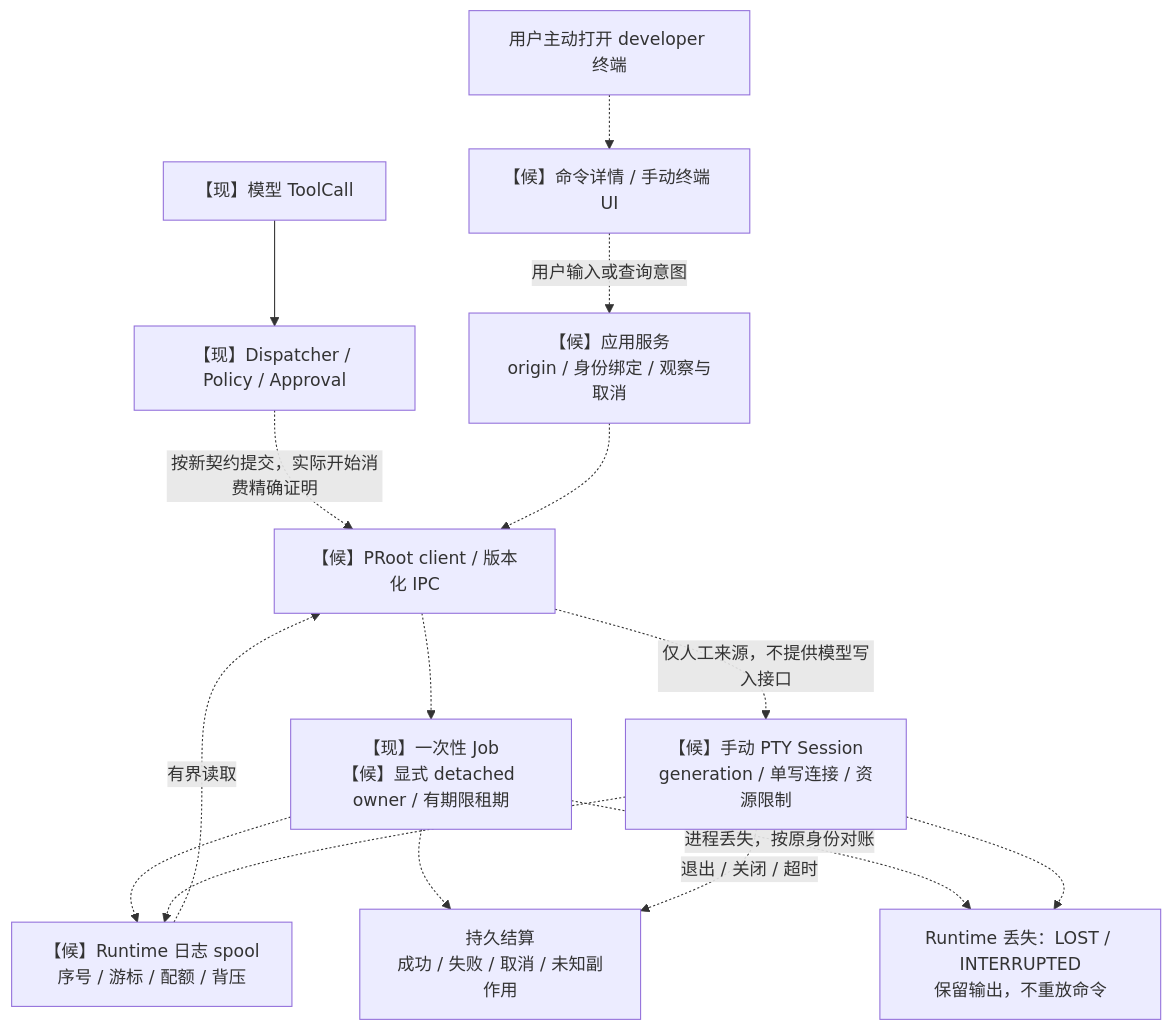
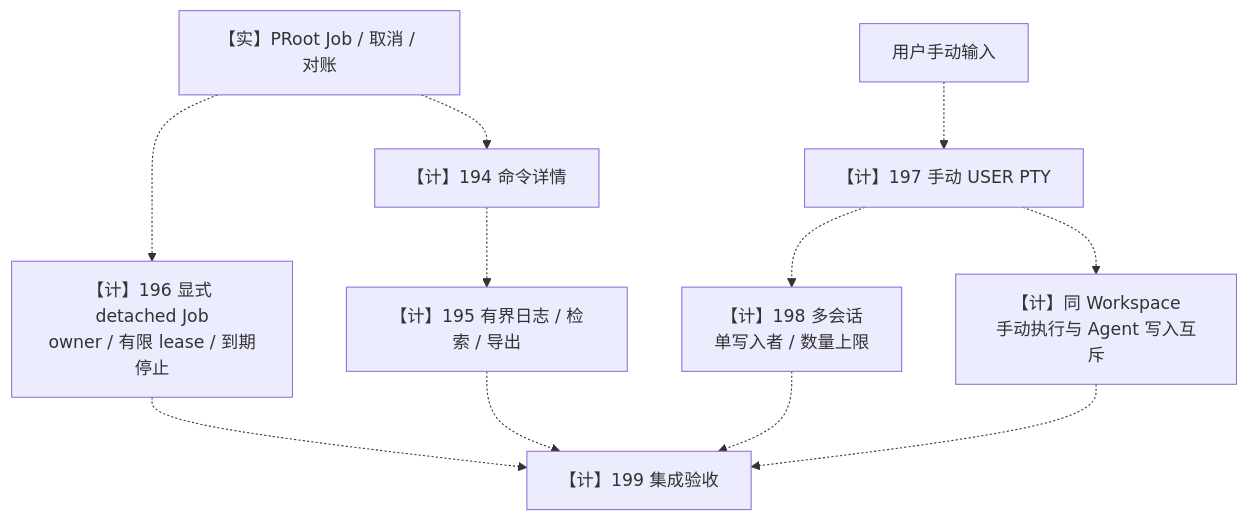
The tenth of 11 diagrams in docs/research/helix-mermaid-architecture-diagrams.md (dollarser/helix-agent), drawn with Mermaid before and after one commit. The commit also changed other lines of this file and 1 other file, not shown here.

Commit message:
docs: align research and architecture diagrams with current decisions

````diff
--- a/docs/research/helix-mermaid-architecture-diagrams.md
+++ b/docs/research/helix-mermaid-architecture-diagrams.md
@@ -506,28 +222,13 @@
 ```mermaid
 flowchart TB
-    MODEL["【现】模型 ToolCall"]
-    DISPATCH["【现】Dispatcher / Policy / Approval"]
-    USER["用户主动打开 developer 终端"]
-    UI["【候】命令详情 / 手动终端 UI"]
-    APP["【候】应用服务<br/>origin / 身份绑定 / 观察与取消"]
-    CLIENT["【候】PRoot client / 版本化 IPC"]
-    JOB["【现】一次性 Job<br/>【候】显式 detached owner / 有期限租期"]
-    PTY["【候】手动 PTY Session<br/>generation / 单写连接 / 资源限制"]
-    LOG["【候】Runtime 日志 spool<br/>序号 / 游标 / 配额 / 背压"]
-    END["持久结算<br/>成功 / 失败 / 取消 / 未知副作用"]
-    LOST["Runtime 丢失：LOST / INTERRUPTED<br/>保留输出，不重放命令"]
-    MODEL --> DISPATCH
-    DISPATCH -.->|"按新契约提交，实际开始消费精确证明"| CLIENT
-    USER -.-> UI
-    UI -.->|"用户输入或查询意图"| APP
-    APP -.-> CLIENT
-    CLIENT -.-> JOB
-    CLIENT -.->|"仅人工来源，不提供模型写入接口"| PTY
-    JOB -.-> LOG
-    PTY -.-> LOG
-    LOG -.->|"有界读取"| CLIENT
-    JOB -.-> END
-    PTY -.->|"退出 / 关闭 / 超时"| END
-    JOB -.->|"进程丢失，按原身份对账"| LOST
-    PTY -.-> LOST
+    JOB["【实】PRoot Job / 取消 / 对账"] -.-> DETAIL["【计】194 命令详情"]
+    DETAIL -.-> LOG["【计】195 有界日志 / 检索 / 导出"]
+    JOB -.-> DETACH["【计】196 显式 detached Job<br/>owner / 有限 lease / 到期停止"]
+    USER["用户手动输入"] -.-> PTY["【计】197 手动 USER PTY"]
+    PTY -.-> MULTI["【计】198 多会话<br/>单写入者 / 数量上限"]
+    PTY -.-> MUTEX["【计】同 Workspace<br/>手动执行与 Agent 写入互斥"]
+    DETACH -.-> ACCEPT["【计】199 集成验收"]
+    LOG -.-> ACCEPT
+    MULTI -.-> ACCEPT
+    MUTEX -.-> ACCEPT
 ```
````
